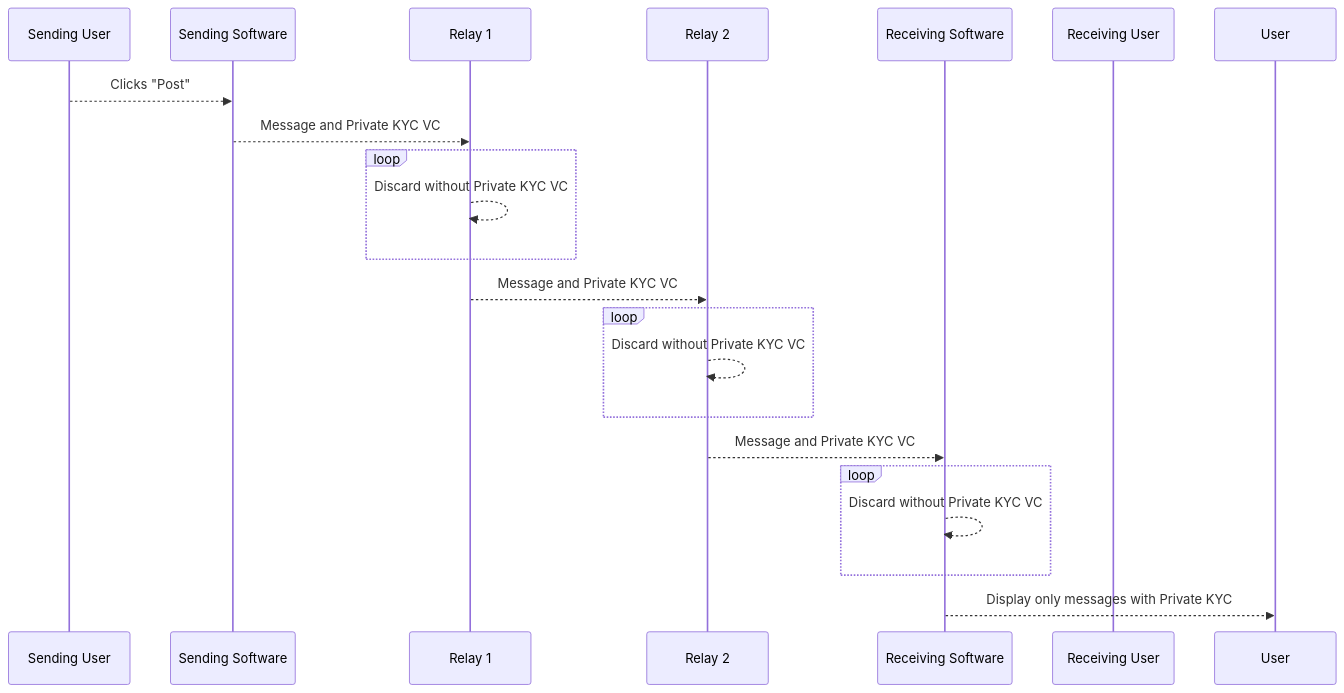
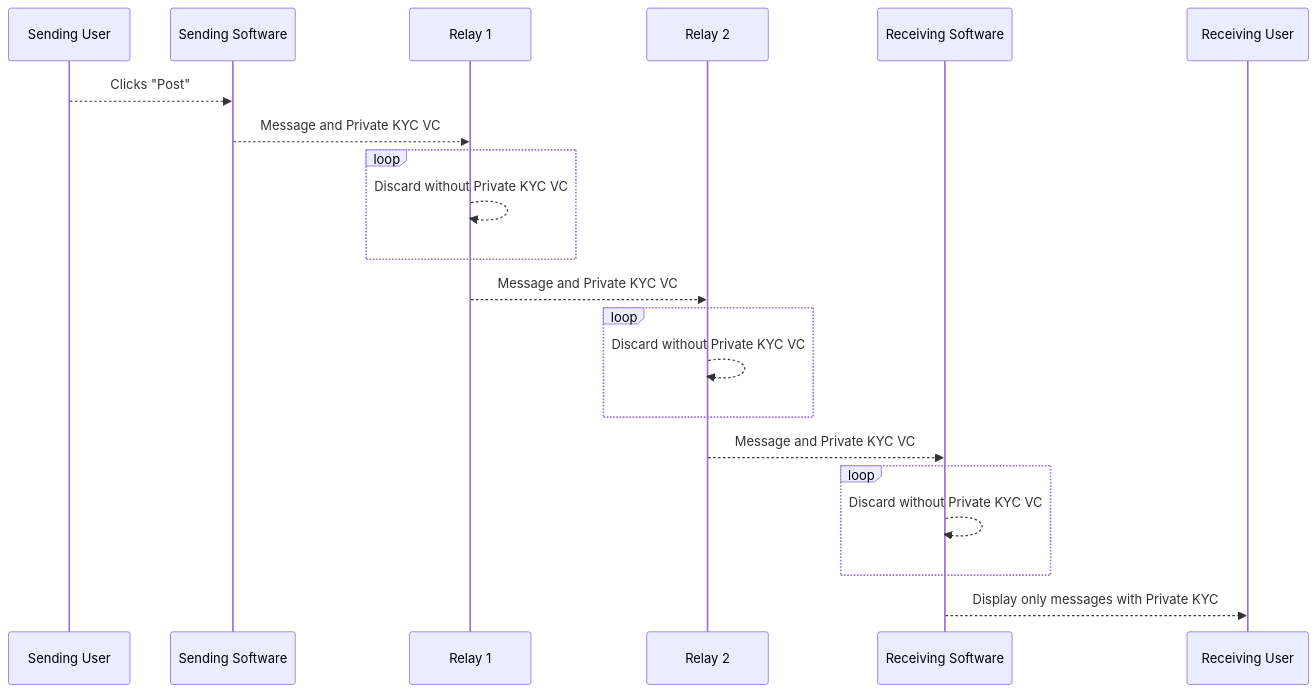
The second of 2 diagrams in private-kyc-decentralized.md (jacksophtron/open), drawn with Mermaid before and after one commit.

````diff
--- a/private-kyc-decentralized.md
+++ b/private-kyc-decentralized.md
@@ -45,28 +45,28 @@
 ```mermaid
 sequenceDiagram
 
 	participant Sending User
 	participant Sending Software
         participant Relay 1
         participant Relay 2
 	participant Receiving Software
         participant Receiving User
 
 	Sending User-->>Sending Software: Clicks "Post"
 	Sending Software-->>Relay 1: Message and Private KYC VC
 
 	loop
 		Relay 1-->>Relay 1: Discard without Private KYC VC
 	end
 
 	Relay 1-->>Relay 2: Message and Private KYC VC
 	loop
 		Relay 2-->>Relay 2: Discard without Private KYC VC
 	end
 	Relay 2-->>Receiving Software: Message and Private KYC VC
 	loop
 		Receiving Software-->>Receiving Software: Discard without Private KYC VC
 	end
-	Receiving Software-->>User: Display only messages with Private KYC
+	Receiving Software-->>Receiving User: Display only messages with Private KYC
 
 ```
````
